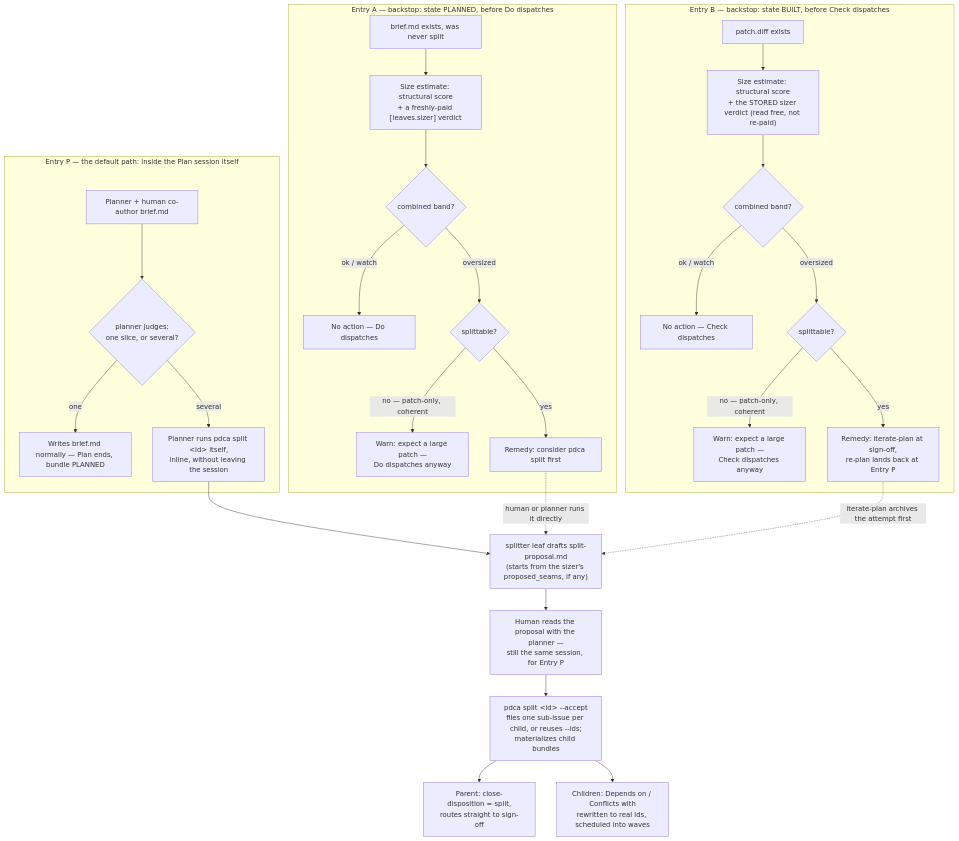
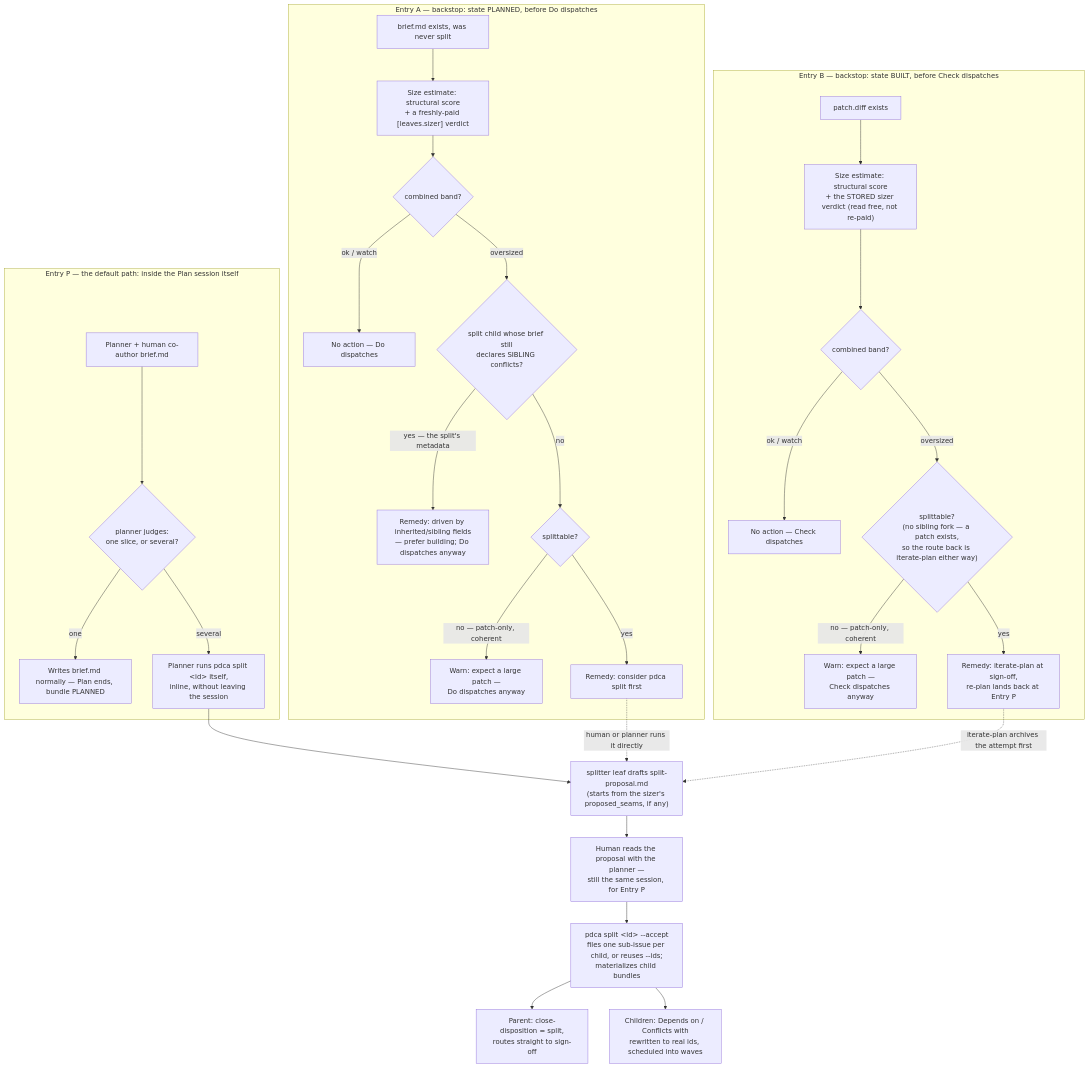
Before and after one commit to eduralph/pdca-harness: the diagram in docs/07-crosscutting.md, drawn with Mermaid. The commit also changed other lines of this file and 3 other files, not shown here.

````diff
--- a/docs/07-crosscutting.md
+++ b/docs/07-crosscutting.md
@@ -38,34 +38,36 @@
 ```mermaid
 flowchart TD
     subgraph ENTRY_P["Entry P — the default path: inside the Plan session itself"]
         P1["Planner + human co-author brief.md"] --> P2{"planner judges:<br/>one slice, or several?"}
         P2 -->|"one"| P3["Writes brief.md normally — Plan ends, bundle PLANNED"]
         P2 -->|"several"| P4["Planner runs pdca split &lt;id&gt; itself,<br/>inline, without leaving the session"]
     end
 
     subgraph ENTRY_A["Entry A — backstop: state PLANNED, before Do dispatches"]
         A1["brief.md exists, was never split"] --> A2["Size estimate: structural score<br/>+ a freshly-paid [leaves.sizer] verdict"]
         A2 --> A3{"combined band?"}
         A3 -->|"ok / watch"| A4["No action — Do dispatches"]
-        A3 -->|"oversized"| A5{"splittable?"}
+        A3 -->|"oversized"| A4b{"split child whose brief still<br/>declares SIBLING conflicts?"}
+        A4b -->|"yes — the split's metadata"| A8["Remedy: driven by inherited/sibling fields<br/>— prefer building; Do dispatches anyway"]
+        A4b -->|"no"| A5{"splittable?"}
         A5 -->|"no — patch-only, coherent"| A6["Warn: expect a large patch —<br/>Do dispatches anyway"]
         A5 -->|"yes"| A7["Remedy: consider pdca split first"]
     end
 
     subgraph ENTRY_B["Entry B — backstop: state BUILT, before Check dispatches"]
         B1["patch.diff exists"] --> B2["Size estimate: structural score<br/>+ the STORED sizer verdict (read free, not re-paid)"]
         B2 --> B3{"combined band?"}
         B3 -->|"ok / watch"| B4["No action — Check dispatches"]
-        B3 -->|"oversized"| B5{"splittable?"}
+        B3 -->|"oversized"| B5{"splittable?<br/>(no sibling fork — a patch exists,<br/>so the route back is iterate-plan either way)"}
         B5 -->|"no — patch-only, coherent"| B6["Warn: expect a large patch —<br/>Check dispatches anyway"]
         B5 -->|"yes"| B7["Remedy: iterate-plan at sign-off,<br/>re-plan lands back at Entry P"]
     end
 
     P4 --> S1["splitter leaf drafts split-proposal.md<br/>(starts from the sizer's proposed_seams, if any)"]
     A7 -.->|"human or planner runs it directly"| S1
     B7 -.->|"iterate-plan archives the attempt first"| S1
     S1 --> S2["Human reads the proposal with the planner —<br/>still the same session, for Entry P"]
     S2 --> S3["pdca split &lt;id&gt; --accept<br/>files one sub-issue per child, or reuses --ids;<br/>materializes child bundles"]
     S3 --> S4["Parent: close-disposition = split,<br/>routes straight to sign-off"]
     S3 --> S5["Children: Depends on / Conflicts with<br/>rewritten to real ids, scheduled into waves"]
 ```
````
